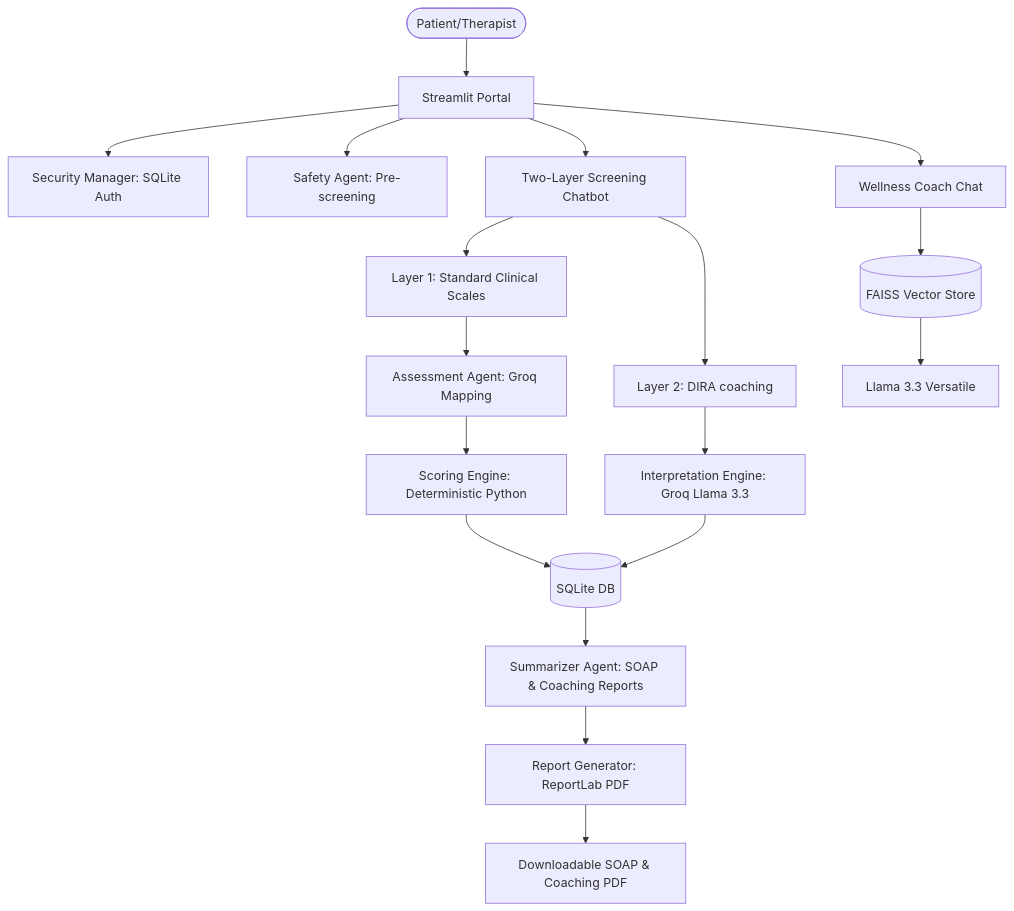
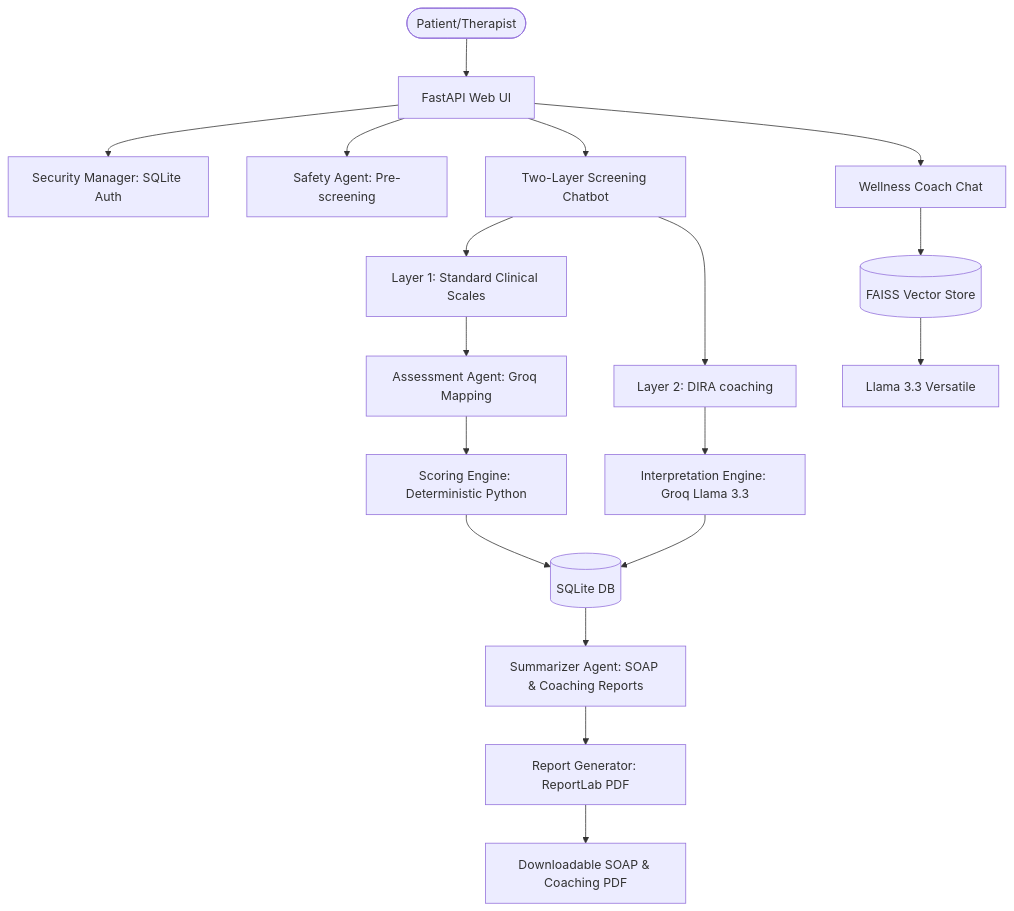
Before and after one commit to harivarshannn/medicare: the diagram in README.md, drawn with Mermaid. The commit also changed other lines of this file and 10 other files, not shown here.

````diff
--- a/README.md
+++ b/README.md
@@ -33,20 +33,20 @@
 ```mermaid
 graph TD
-    User([Patient/Therapist]) --> UI[Streamlit Portal]
+    User([Patient/Therapist]) --> UI[FastAPI Web UI]
     UI --> Auth[Security Manager: SQLite Auth]
     UI --> Safety[Safety Agent: Pre-screening]
     UI --> Chat[Two-Layer Screening Chatbot]
     Chat --> Layer1[Layer 1: Standard Clinical Scales]
     Chat --> Layer2[Layer 2: DIRA coaching]
     Layer1 --> Mapper[Assessment Agent: Groq Mapping]
     Mapper --> Score[Scoring Engine: Deterministic Python]
     Layer2 --> Coaching[Interpretation Engine: Groq Llama 3.3]
     Score --> DB[(SQLite DB)]
     Coaching --> DB
     UI --> RAG[Wellness Coach Chat]
     RAG --> FAISS[(FAISS Vector Store)]
     FAISS --> LLM[Llama 3.3 Versatile]
     DB --> SOAP[Summarizer Agent: SOAP & Coaching Reports]
     SOAP --> Report[Report Generator: ReportLab PDF]
     Report --> PDF[Downloadable SOAP & Coaching PDF]
 ```
````
